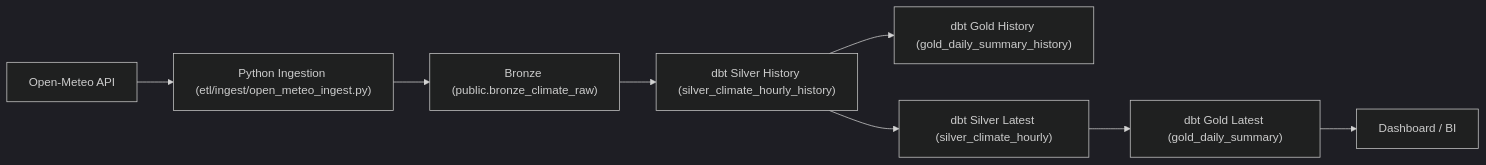
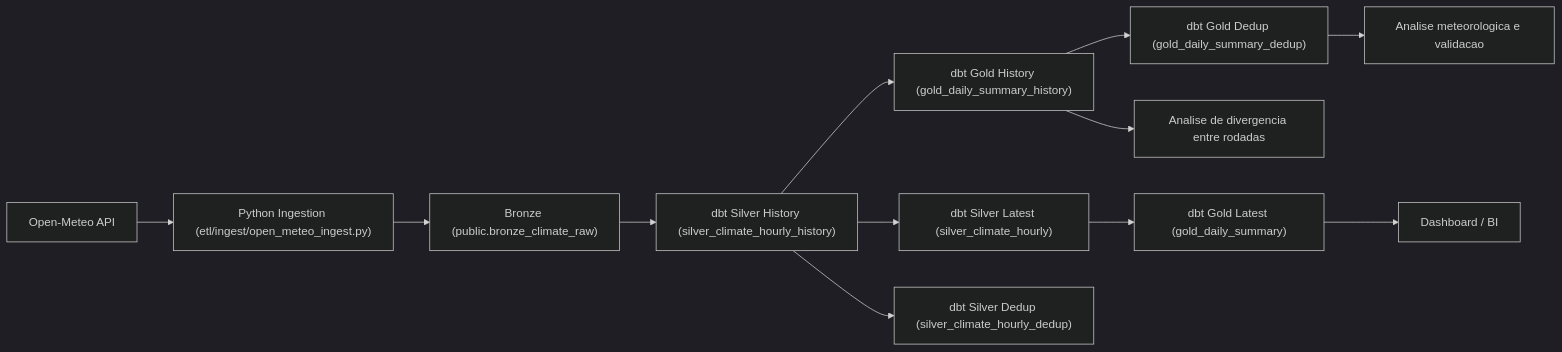
The diagram in README.md (arnaldopinhoni/tcc-climate-data-pipeline), drawn with Mermaid (dark theme) before and after one commit. The commit also changed other lines of this file and 35 other files, not shown here.

First line of the commit message:
feat(analise): base deduplicada, testes ampliados e validacao ERA5

````diff
--- a/README.md
+++ b/README.md
@@ -27,10 +27,14 @@
 ```mermaid
 flowchart LR
     A["Open-Meteo API"] --> B["Python Ingestion (etl/ingest/open_meteo_ingest.py)"]
     B --> C["Bronze (public.bronze_climate_raw)"]
     C --> D["dbt Silver History (silver_climate_hourly_history)"]
     D --> E["dbt Gold History (gold_daily_summary_history)"]
     D --> F["dbt Silver Latest (silver_climate_hourly)"]
+    D --> I["dbt Silver Dedup (silver_climate_hourly_dedup)"]
     F --> G["dbt Gold Latest (gold_daily_summary)"]
+    E --> J["dbt Gold Dedup (gold_daily_summary_dedup)"]
     G --> H["Dashboard / BI"]
+    J --> K["Analise meteorologica e validacao"]
+    E --> L["Analise de divergencia entre rodadas"]
 ```
````
